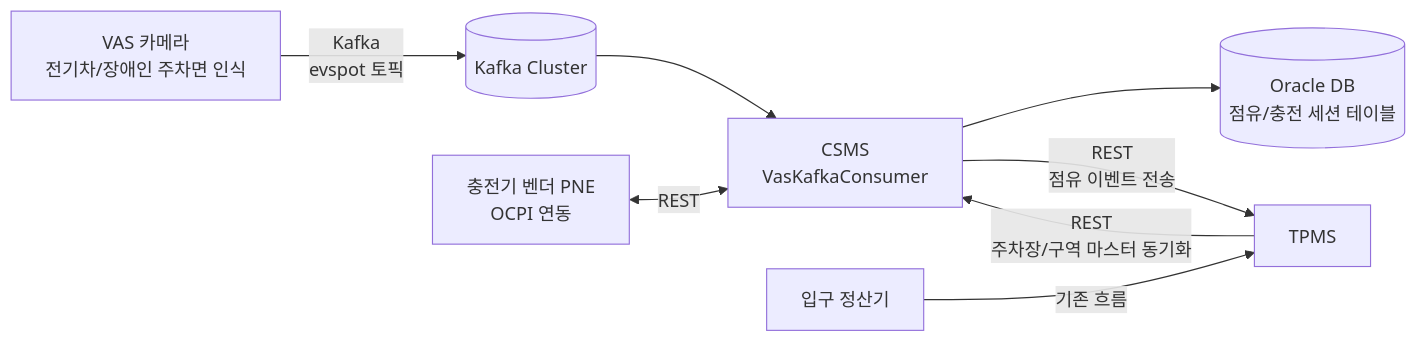
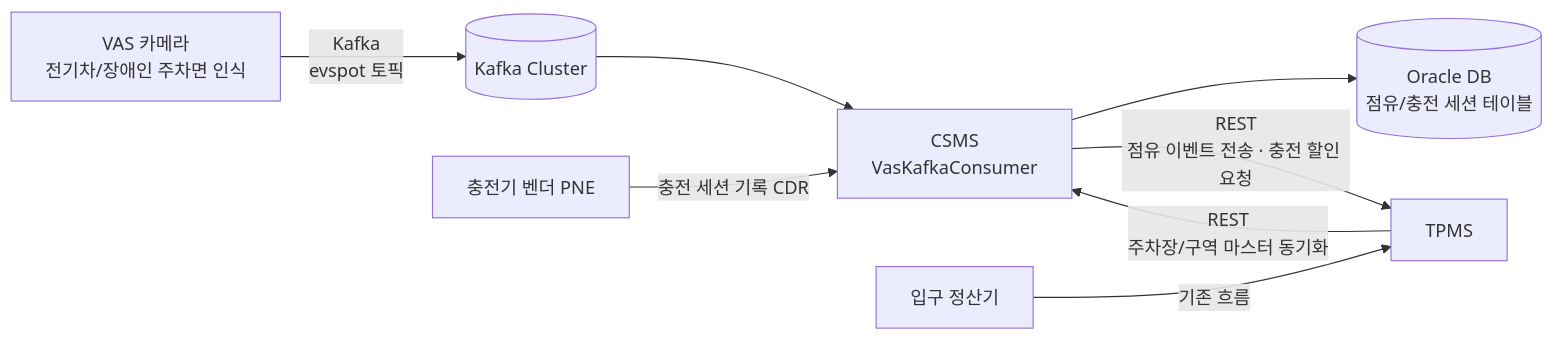
The first of 4 diagrams in content/projects/bucheon-csms.md (scourge1100/neverland), drawn with Mermaid before and after one commit. The commit also changed other lines of this file and 1 other file, not shown here.

Commit message:
부천 CSMS 문서 보강: 충전 세션(CDR) 정합성 처리, 감리 대응, 역할 표현 수정 (한/영)

````diff
--- a/content/projects/bucheon-csms.md
+++ b/content/projects/bucheon-csms.md
@@ -52,10 +53,10 @@
 ```mermaid
 flowchart LR
     VAS[VAS 카메라\n전기차/장애인 주차면 인식] -->|Kafka\nevspot 토픽| K[(Kafka Cluster)]
     K --> C[CSMS\nVasKafkaConsumer]
+    PNE[충전기 벤더 PNE] -->|충전 세션 기록 CDR| C
     C --> DB[(Oracle DB\n점유/충전 세션 테이블)]
-    C -->|REST\n점유 이벤트 전송| T[TPMS]
+    C -->|REST\n점유 이벤트 전송 · 충전 할인 요청| T[TPMS]
     T -->|REST\n주차장/구역 마스터 동기화| C
-    PNE[충전기 벤더 PNE\nOCPI 연동] <-->|REST| C
     Entry[입구 정산기] -->|기존 흐름| T
 ```
````
